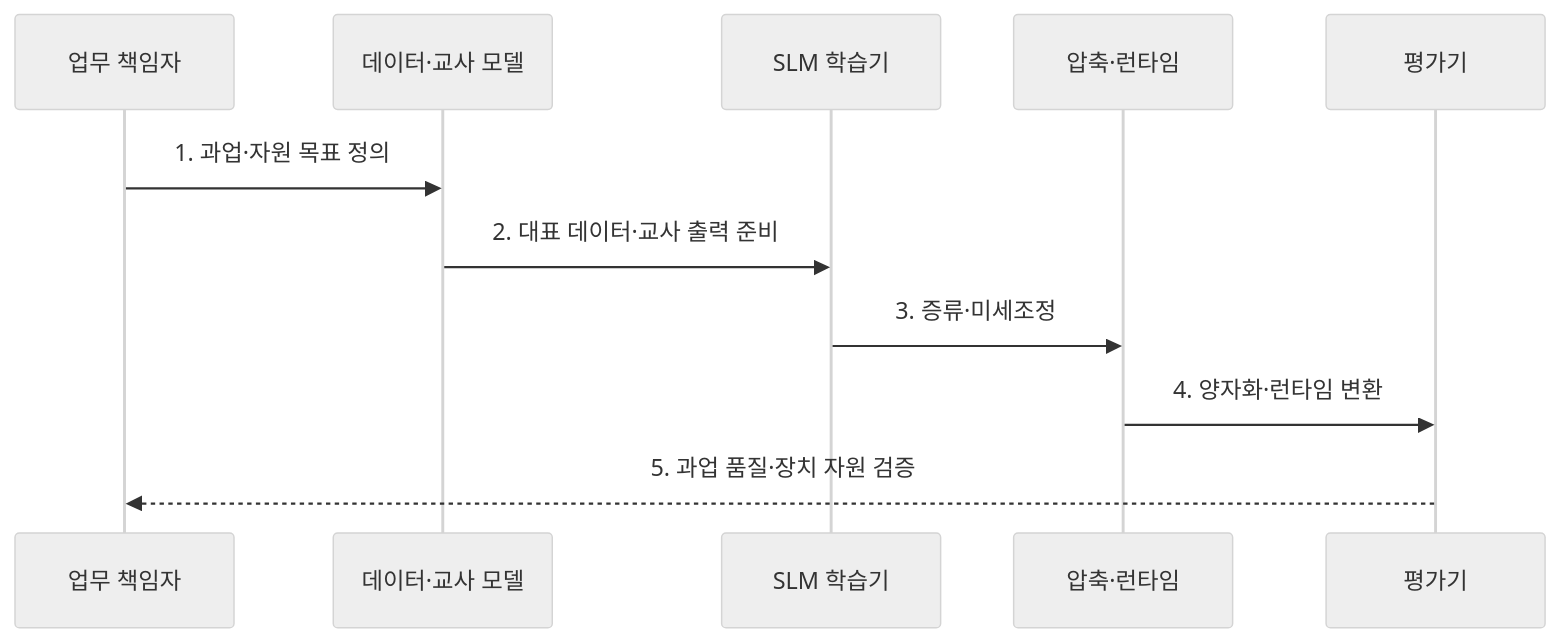
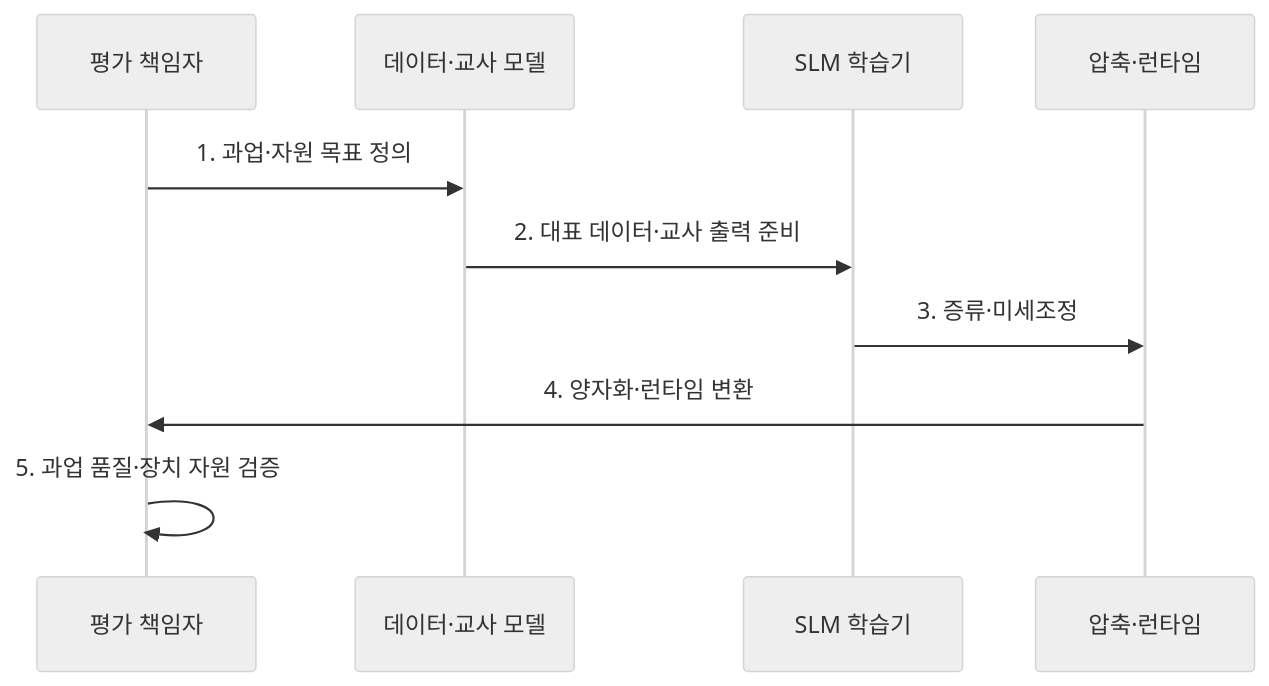
One commit to agnusdei1207/knowledge-base changed the second of 2 diagrams in src/content/docs/notes/08-latest-tech/049_small_language_model.md. Above: the diagram before and after it, drawn with Mermaid (neutral theme). The commit also changed 9 other files, not shown here.

Commit message:
Simplify AI system flow participants

````diff
--- a/src/content/docs/notes/08-latest-tech/049_small_language_model.md
+++ b/src/content/docs/notes/08-latest-tech/049_small_language_model.md
@@ -105,13 +105,12 @@
 ```mermaid
 sequenceDiagram
-    participant O as 업무 책임자
+    participant E as 평가 책임자
     participant D as 데이터·교사 모델
     participant S as SLM 학습기
     participant R as 압축·런타임
-    participant E as 평가기
-    O->>D: 1. 과업·자원 목표 정의
+    E->>D: 1. 과업·자원 목표 정의
     D->>S: 2. 대표 데이터·교사 출력 준비
     S->>R: 3. 증류·미세조정
     R->>E: 4. 양자화·런타임 변환
-    E-->>O: 5. 과업 품질·장치 자원 검증
+    E->>E: 5. 과업 품질·장치 자원 검증
 ```
````
